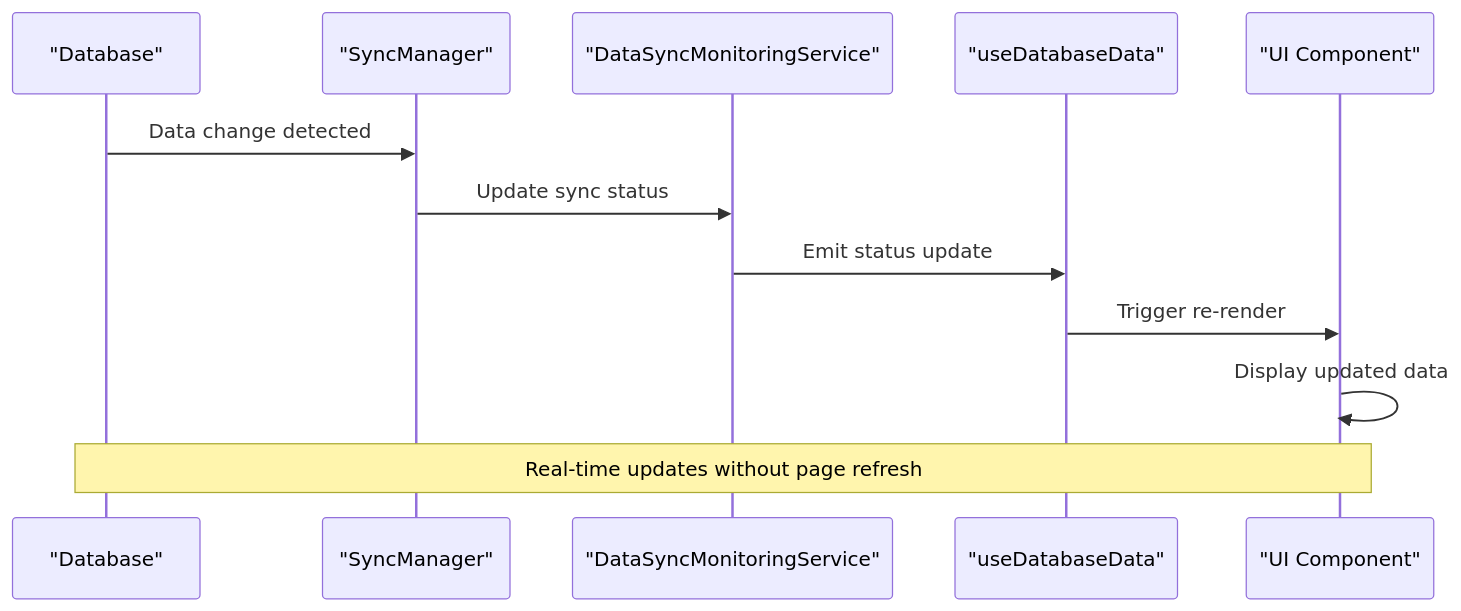
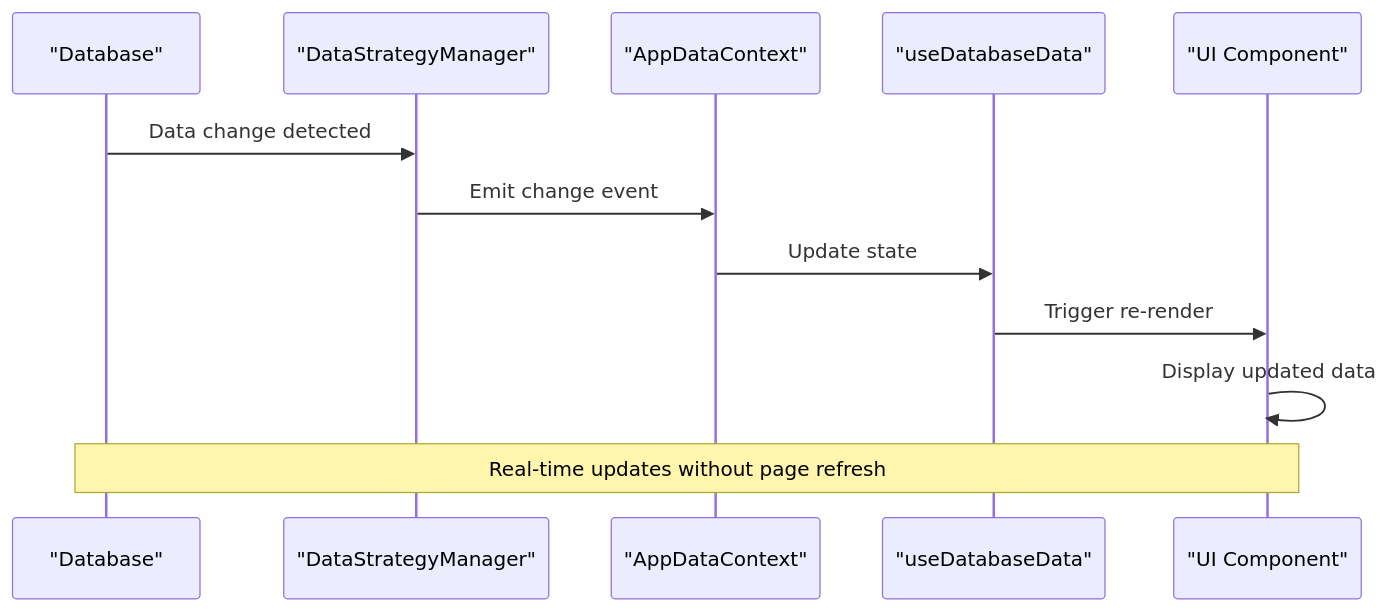
One commit to geniusdynamics/schoolpilot changed diagram 13 of 18 in .qoder/repowiki/en/content/Architecture Overview/Data Management Architecture/Data Synchronization Workflow/Data Synchronization Workflow.md. Above: the diagram before and after it, drawn with Mermaid. The commit also changed other lines of this file and 19 other files, not shown here.

````diff
--- a/.qoder/repowiki/en/content/Architecture Overview/Data Management Architecture/Data Synchronization Workflow/Data Synchronization Workflow.md
+++ b/.qoder/repowiki/en/content/Architecture Overview/Data Management Architecture/Data Synchronization Workflow/Data Synchronization Workflow.md
@@ -431,14 +602,14 @@
 ```mermaid
 sequenceDiagram
 participant DB as "Database"
-participant SyncManager as "SyncManager"
-participant DataSyncMonitoringService as "DataSyncMonitoringService"
-participant useDatabaseData as "useDatabaseData"
+participant Strategy as "DataStrategyManager"
+participant Context as "AppDataContext"
+participant Hook as "useDatabaseData"
 participant UI as "UI Component"
-DB->>SyncManager : Data change detected
-SyncManager->>DataSyncMonitoringService : Update sync status
-DataSyncMonitoringService->>useDatabaseData : Emit status update
-useDatabaseData->>UI : Trigger re-render
+DB->>Strategy : Data change detected
+Strategy->>Context : Emit change event
+Context->>Hook : Update state
+Hook->>UI : Trigger re-render
 UI->>UI : Display updated data
 Note over DB,UI : Real-time updates without page refresh
 ```
````
